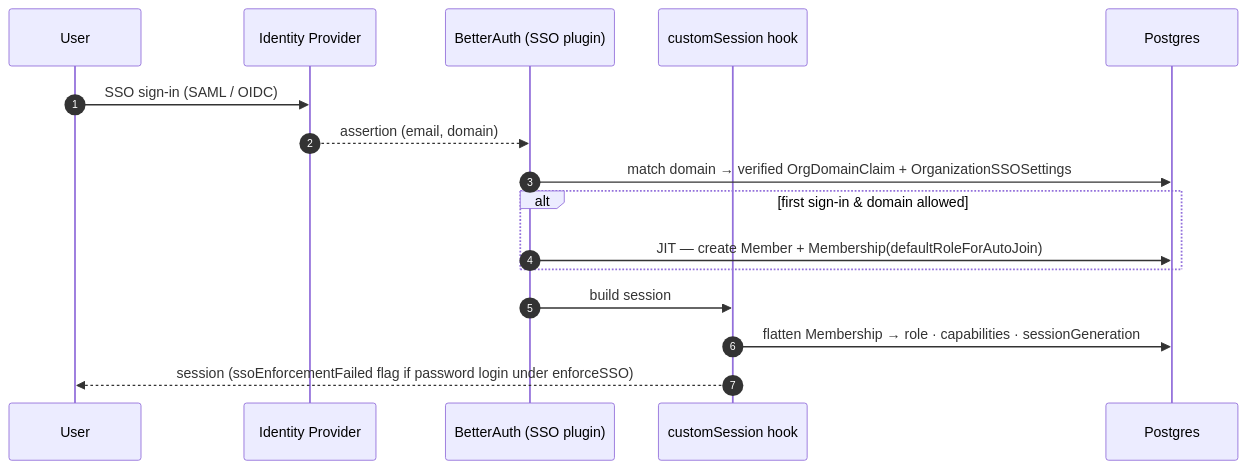
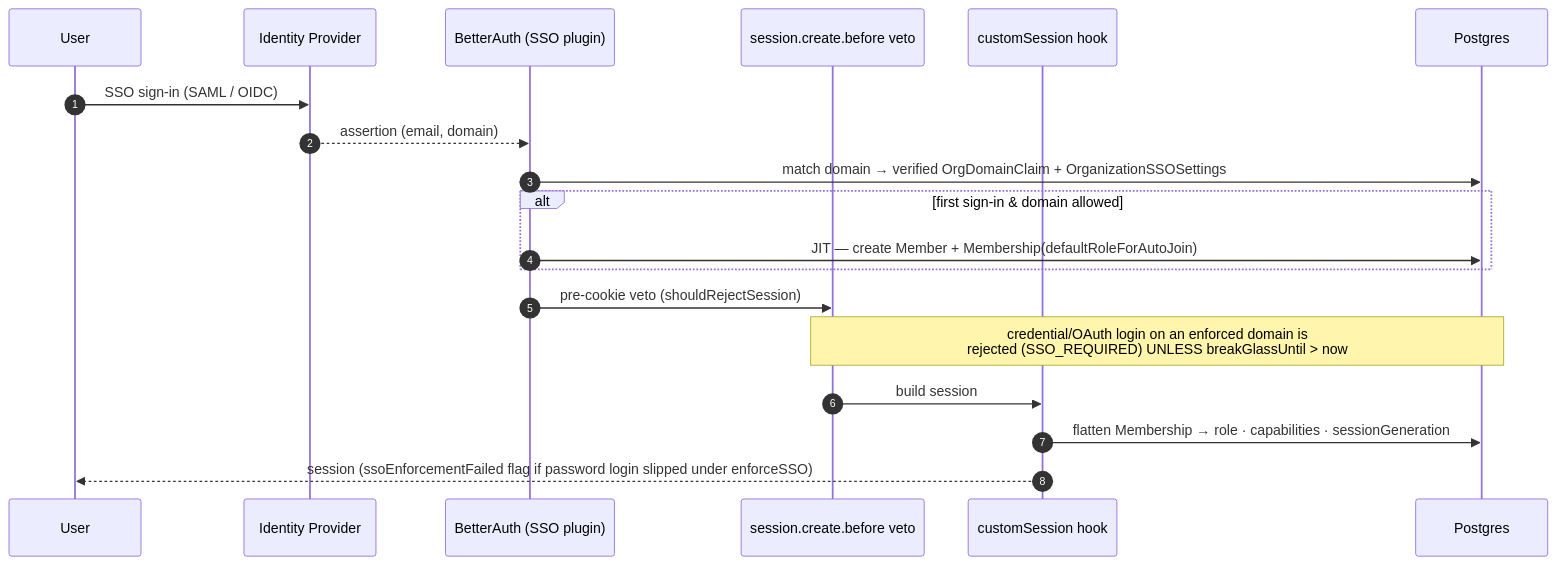
Before and after one commit to Practitionist/familiarise_web: the diagram in docs/enterprise/15-sso-and-authentication.md, drawn with Mermaid. The commit also changed other lines of this file and 46 other files, not shown here.

````diff
--- a/docs/enterprise/15-sso-and-authentication.md
+++ b/docs/enterprise/15-sso-and-authentication.md
@@ -15,18 +15,21 @@
 ```mermaid
 sequenceDiagram
   autonumber
   participant U as User
   participant IdP as Identity Provider
   participant BA as BetterAuth (SSO plugin)
+  participant SC as session.create.before veto
   participant CS as customSession hook
   participant DB as Postgres
   U->>IdP: SSO sign-in (SAML / OIDC)
   IdP-->>BA: assertion (email, domain)
   BA->>DB: match domain → verified OrgDomainClaim + OrganizationSSOSettings
   alt first sign-in & domain allowed
     BA->>DB: JIT — create Member + Membership(defaultRoleForAutoJoin)
   end
-  BA->>CS: build session
+  BA->>SC: pre-cookie veto (shouldRejectSession)
+  Note over SC,DB: credential/OAuth login on an enforced domain is<br/>rejected (SSO_REQUIRED) UNLESS breakGlassUntil > now
+  SC->>CS: build session
   CS->>DB: flatten Membership → role · capabilities · sessionGeneration
-  CS-->>U: session (ssoEnforcementFailed flag if password login under enforceSSO)
+  CS-->>U: session (ssoEnforcementFailed flag if password login slipped under enforceSSO)
 ```
````
